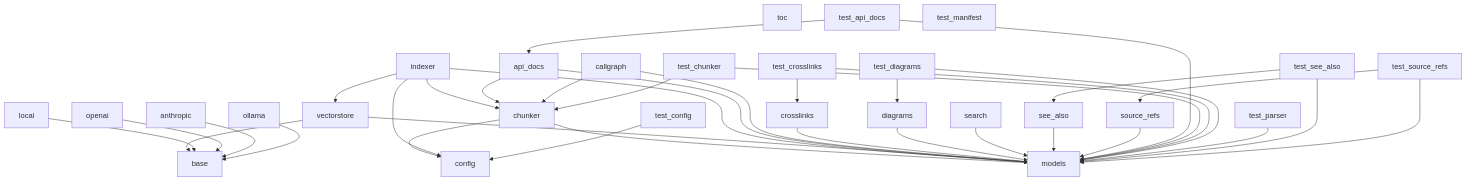
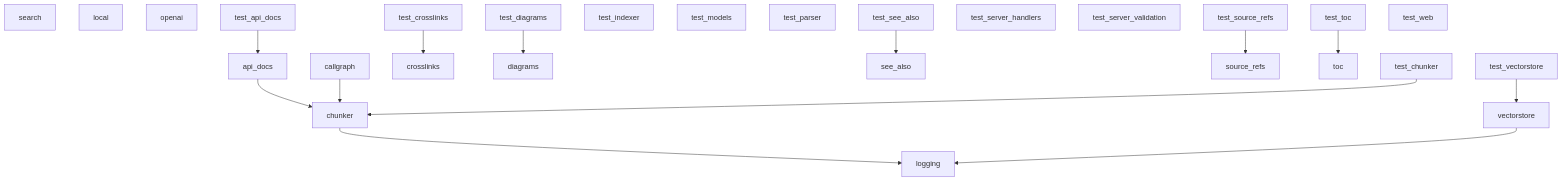
The diagram in .deepwiki/dependencies.md (UrbanDiver/local-deepwiki-mcp), drawn with Mermaid before and after one commit. The commit also changed other lines of this file and 30 other files, not shown here.

````diff
--- a/.deepwiki/dependencies.md
+++ b/.deepwiki/dependencies.md
@@ -125,65 +120,42 @@
 ```mermaid
 flowchart TD
-    M0[config]
-    M1[chunker]
-    M2[indexer]
-    M3[vectorstore]
-    M4[api_docs]
-    M5[callgraph]
-    M6[crosslinks]
-    M7[diagrams]
-    M8[search]
-    M9[see_also]
-    M10[source_refs]
-    M11[toc]
-    M12[models]
-    M13[base]
-    M14[local]
-    M15[openai]
-    M16[anthropic]
-    M17[ollama]
-    M18[test_api_docs]
-    M19[test_chunker]
-    M20[test_config]
-    M21[test_crosslinks]
-    M22[test_diagrams]
-    M23[test_manifest]
-    M24[test_parser]
-    M25[test_see_also]
-    M26[test_source_refs]
-    M1 --> M0
-    M1 --> M12
+    M0[chunker]
+    M1[vectorstore]
+    M2[api_docs]
+    M3[callgraph]
+    M4[crosslinks]
+    M5[diagrams]
+    M6[search]
+    M7[see_also]
+    M8[source_refs]
+    M9[toc]
+    M10[logging]
+    M11[local]
+    M12[openai]
+    M13[test_api_docs]
+    M14[test_chunker]
+    M15[test_crosslinks]
+    M16[test_diagrams]
+    M17[test_indexer]
+    M18[test_models]
+    M19[test_parser]
+    M20[test_see_also]
+    M21[test_server_handlers]
+    M22[test_server_validation]
+    M23[test_source_refs]
+    M24[test_toc]
+    M25[test_vectorstore]
+    M26[test_web]
+    M0 --> M10
+    M1 --> M10
     M2 --> M0
-    M2 --> M1
-    M2 --> M3
-    M2 --> M12
-    M3 --> M12
-    M3 --> M13
-    M4 --> M1
-    M4 --> M12
-    M5 --> M1
-    M5 --> M12
-    M6 --> M12
-    M7 --> M12
-    M8 --> M12
-    M9 --> M12
-    M10 --> M12
-    M14 --> M13
-    M15 --> M13
-    M16 --> M13
-    M17 --> M13
-    M18 --> M4
-    M18 --> M12
-    M19 --> M1
-    M19 --> M12
-    M20 --> M0
-    M21 --> M6
-    M21 --> M12
-    M22 --> M7
-    M22 --> M12
-    M24 --> M12
-    M25 --> M9
-    M25 --> M12
-    M26 --> M10
-    M26 --> M12
+    M3 --> M0
+    M13 --> M2
+    M14 --> M0
+    M15 --> M4
+    M16 --> M5
+    M20 --> M7
+    M23 --> M8
+    M24 --> M9
+    M25 --> M1
 ```
````
